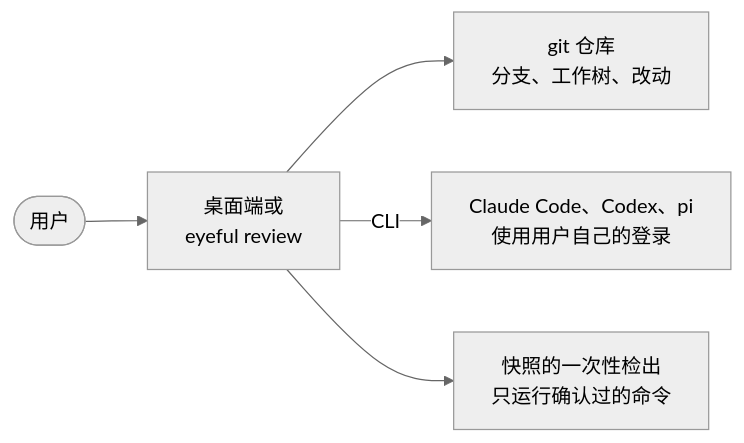
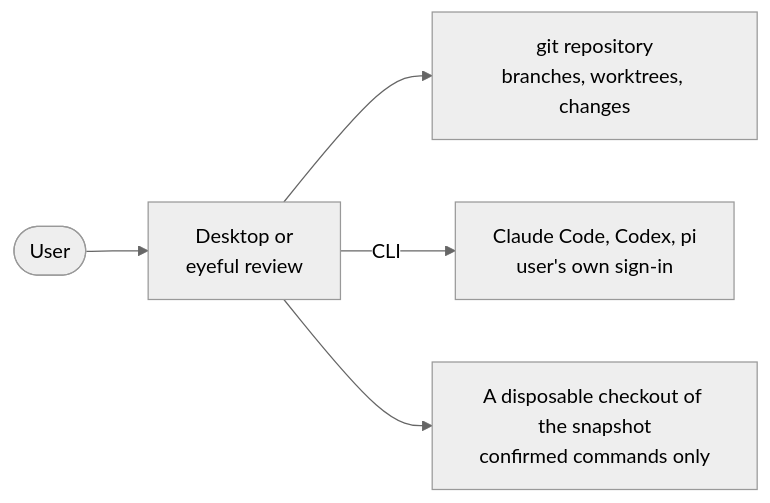
Before and after one commit to Pleasurecruise/eyeful: the second of 2 diagrams in docs/zh/cloud/DEPLOYMENT.md, drawn with Mermaid (neutral theme). The commit also changed other lines of this file and 46 other files, not shown here.

````diff
--- a/docs/zh/cloud/DEPLOYMENT.md
+++ b/docs/zh/cloud/DEPLOYMENT.md
@@ -54,7 +50,7 @@
 ```mermaid
 flowchart LR
-    user(["用户"]) --> client["桌面端或<br/>eyeful review"]
-    client --> repo["git 仓库<br/>分支、工作树、改动"]
-    client -->|CLI| agents["Claude Code、Codex、pi<br/>使用用户自己的登录"]
-    client --> worktree["快照的一次性检出<br/>只运行确认过的命令"]
+    user(["User"]) --> client["Desktop or<br/>eyeful review"]
+    client --> repo["git repository<br/>branches, worktrees, changes"]
+    client -->|CLI| agents["Claude Code, Codex, pi<br/>user's own sign-in"]
+    client --> worktree["A disposable checkout of the snapshot<br/>confirmed commands only"]
 ```
````
